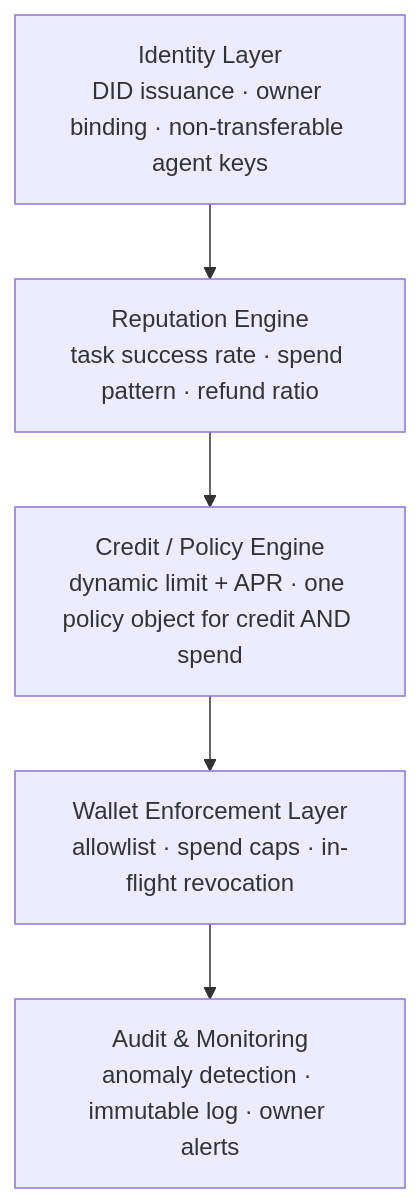
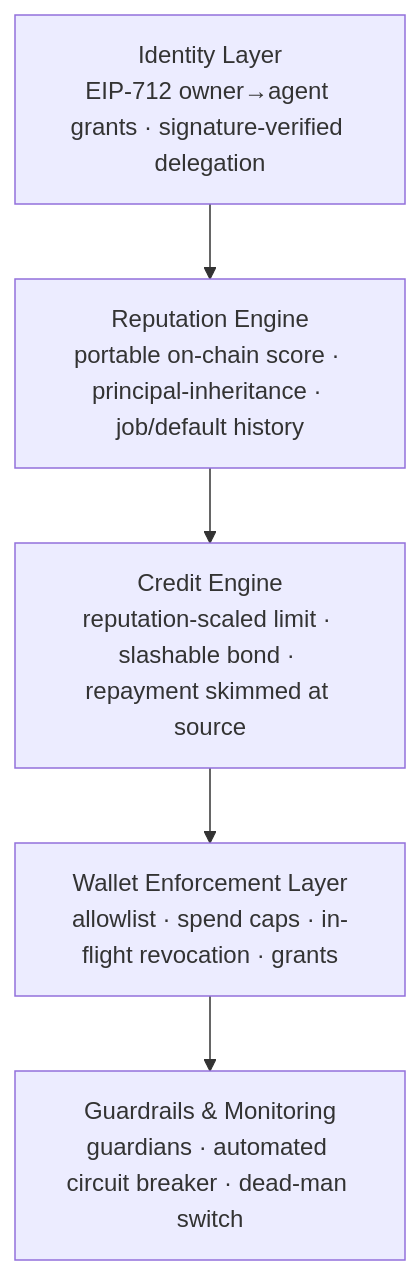
One commit to Mukul07777/Finora changed the diagram in README.md. Above: the diagram before and after it, drawn with Mermaid. The commit also changed other lines of this file and 40 other files, not shown here.

First line of the commit message:
Add credit line, escrow, reputation, behavioral underwriting, NL policy compiler, risk visualizers

````diff
--- a/README.md
+++ b/README.md
@@ -85,8 +92,8 @@
 ```mermaid
 flowchart TD
-    A["Identity Layer<br/>DID issuance · owner binding · non-transferable agent keys"] --> B
-    B["Reputation Engine<br/>task success rate · spend pattern · refund ratio"] --> C
-    C["Credit / Policy Engine<br/>dynamic limit + APR · one policy object for credit AND spend"] --> D
-    D["Wallet Enforcement Layer<br/>allowlist · spend caps · in-flight revocation"] --> E
-    E["Audit & Monitoring<br/>anomaly detection · immutable log · owner alerts"]
+    A["Identity Layer<br/>EIP-712 owner→agent grants · signature-verified delegation"] --> B
+    B["Reputation Engine<br/>portable on-chain score · principal-inheritance · job/default history"] --> C
+    C["Credit Engine<br/>reputation-scaled limit · slashable bond · repayment skimmed at source"] --> D
+    D["Wallet Enforcement Layer<br/>allowlist · spend caps · in-flight revocation · grants"] --> E
+    E["Guardrails & Monitoring<br/>guardians · automated circuit breaker · dead-man switch"]
 ```
````
